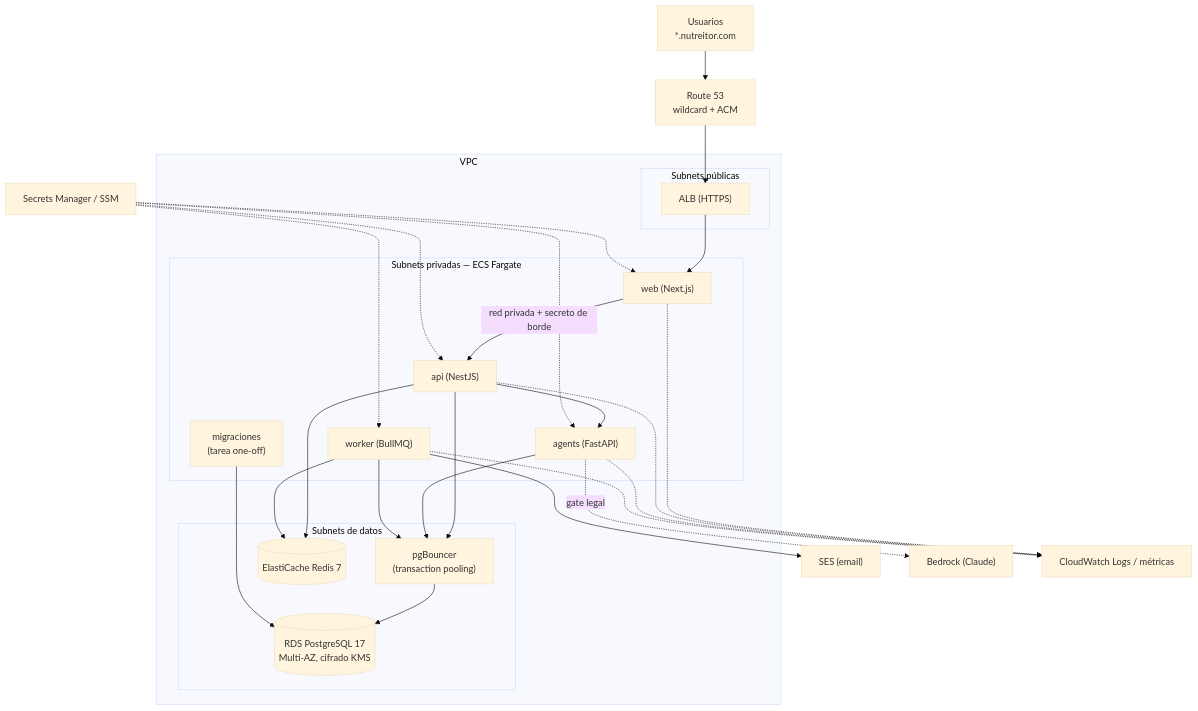
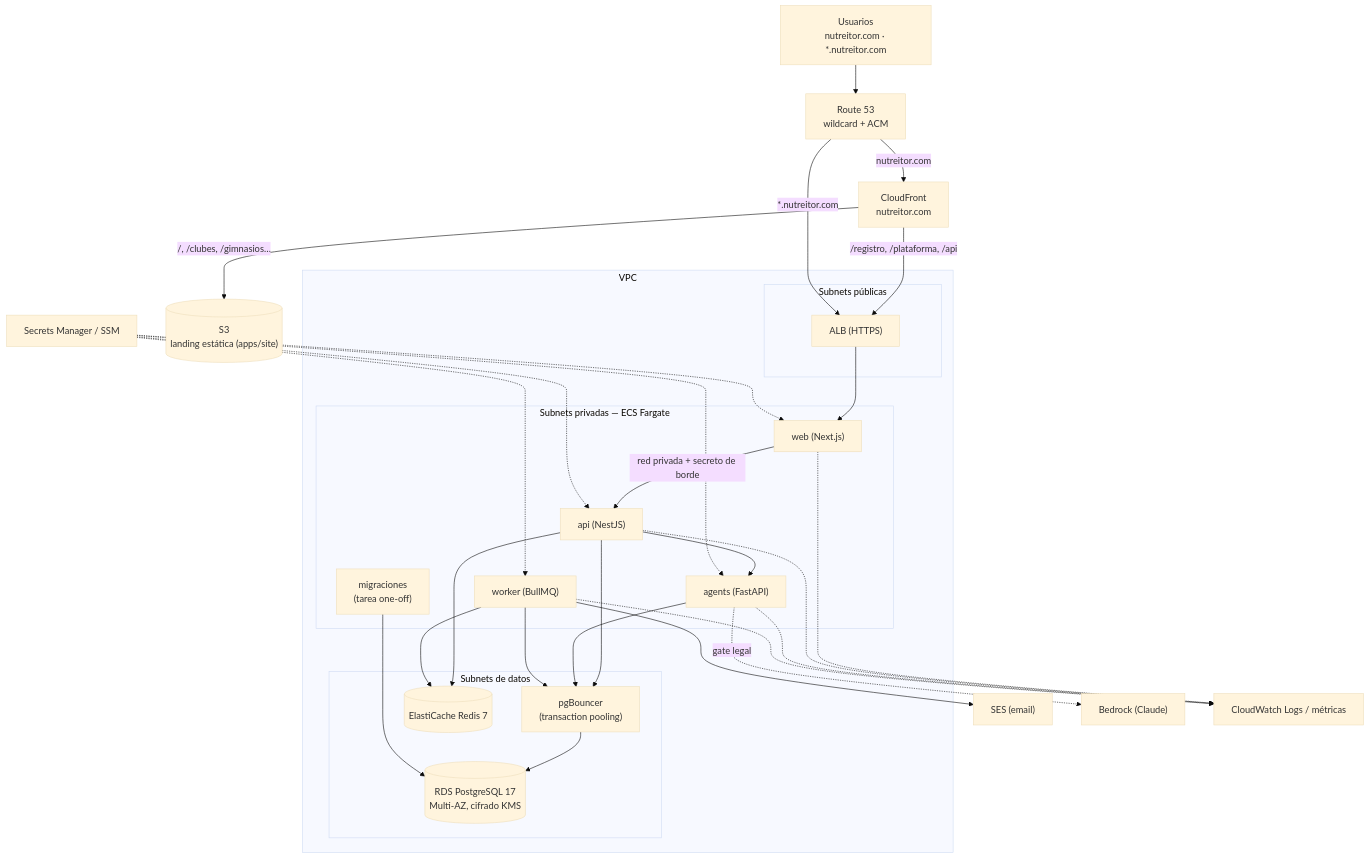
One commit to nebu-fhnatiuk/nutreitor changed the second of 2 diagrams in README.md. Above: the diagram before and after it, drawn with Mermaid (base theme). The commit also changed other lines of this file and 38 other files, not shown here.

First line of the commit message:
feat(site): landing de producto para nutrición deportiva (Astro, S3 + CloudFront)

````diff
--- a/README.md
+++ b/README.md
@@ -175,42 +178,49 @@
 ```mermaid
 flowchart TB
-  user["Usuarios<br/>*.nutreitor.com"]
+  user["Usuarios<br/>nutreitor.com · *.nutreitor.com"]
   dns["Route 53<br/>wildcard + ACM"]
+  cf["CloudFront<br/>nutreitor.com"]
+  s3[("S3<br/>landing estática (apps/site)")]
 
   subgraph vpc["VPC"]
     subgraph pub["Subnets públicas"]
       alb["ALB (HTTPS)"]
     end
     subgraph priv["Subnets privadas — ECS Fargate"]
       web["web (Next.js)"]
       api["api (NestJS)"]
       agents["agents (FastAPI)"]
       worker["worker (BullMQ)"]
       migrate["migraciones<br/>(tarea one-off)"]
     end
     subgraph data["Subnets de datos"]
       pooler["pgBouncer<br/>(transaction pooling)"]
       rds[("RDS PostgreSQL 17<br/>Multi-AZ, cifrado KMS")]
       cache[("ElastiCache Redis 7")]
     end
   end
 
   secrets["Secrets Manager / SSM"]
   ses["SES (email)"]
   bedrock["Bedrock (Claude)"]
   logs["CloudWatch Logs / métricas"]
 
-  user --> dns --> alb --> web
+  user --> dns
+  dns -->|"nutreitor.com"| cf
+  cf -->|"/, /clubes, /gimnasios…"| s3
+  cf -->|"/registro, /plataforma, /api"| alb
+  dns -->|"*.nutreitor.com"| alb
+  alb --> web
   web -->|"red privada + secreto de borde"| api
   api --> agents
   api --> pooler --> rds
   agents --> pooler
   worker --> pooler
   migrate --> rds
   api --> cache
   worker --> cache
   worker --> ses
   agents -.->|"gate legal"| bedrock
   secrets -.-> web & api & agents & worker
   web & api & agents & worker -.-> logs
 ```
````
